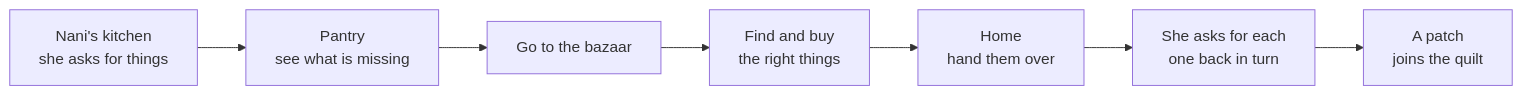
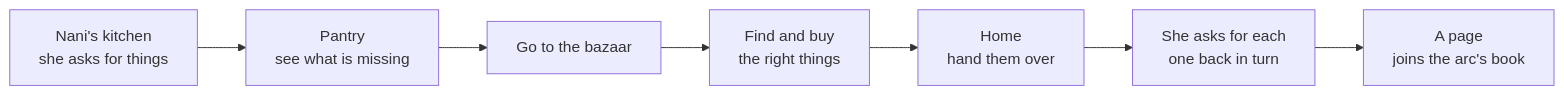
One commit to Baby-Isa/nani-jo-ghar changed the diagram in docs/vision.md. Above: the diagram before and after it, drawn with Mermaid. The commit also changed other lines of this file and 27 other files, not shown here.

````diff
--- a/docs/vision.md
+++ b/docs/vision.md
@@ -54,9 +37,9 @@
 ```mermaid
 flowchart LR
   A[Nani's kitchen<br/>she asks for things] --> B[Pantry<br/>see what is missing]
   B --> C[Go to the bazaar]
   C --> D[Find and buy<br/>the right things]
   D --> E[Home<br/>hand them over]
   E --> F[She asks for each<br/>one back in turn]
-  F --> G[A patch<br/>joins the quilt]
+  F --> G[A page<br/>joins the arc's book]
 ```
````
